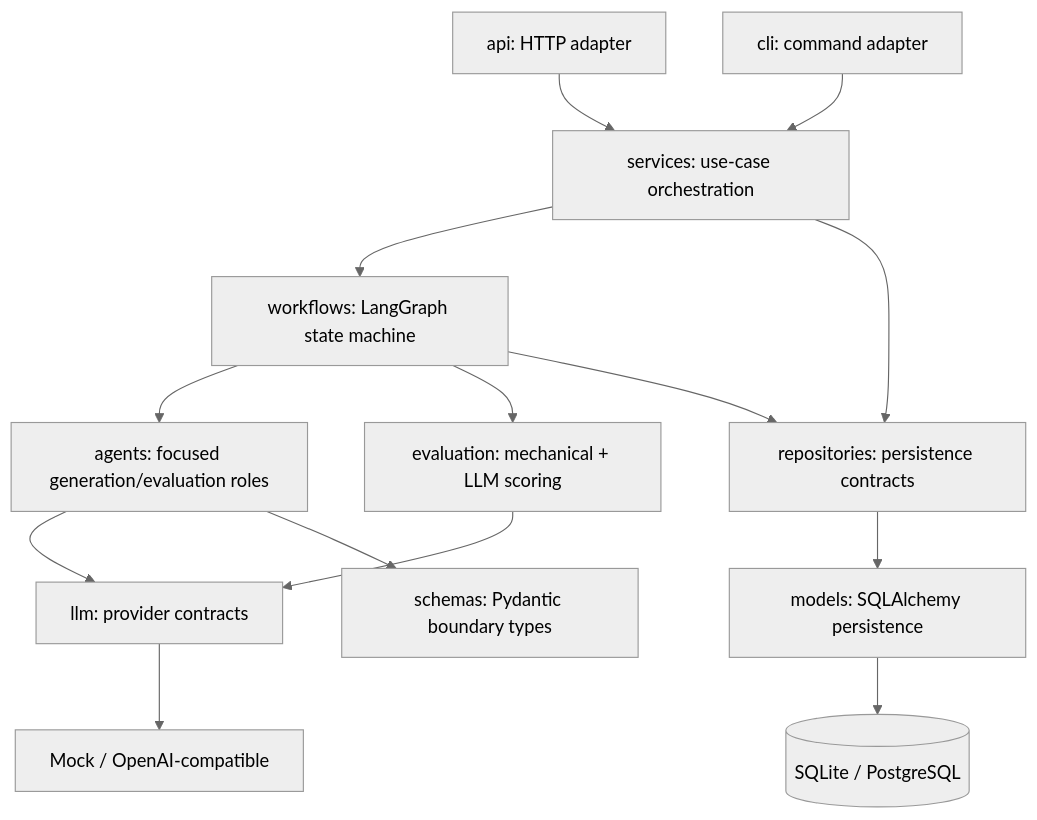
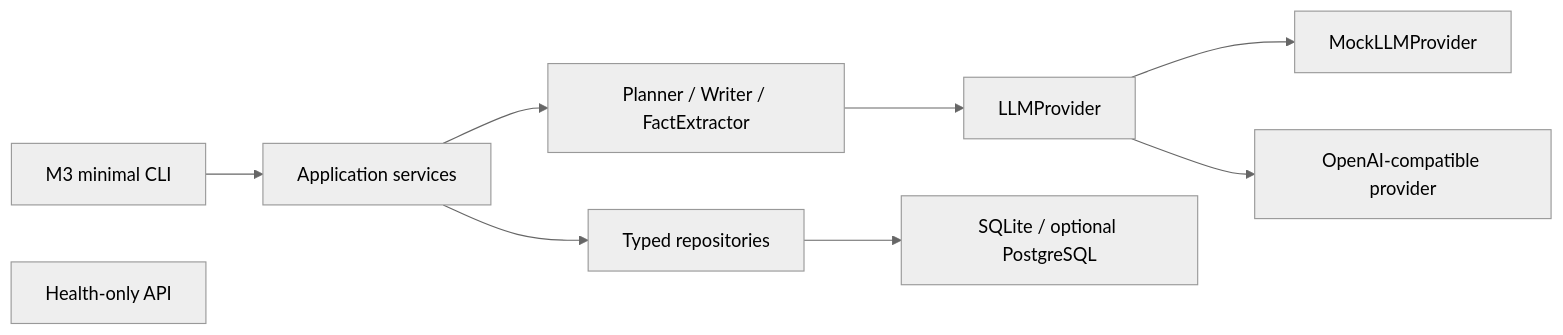
The diagram in docs/architecture.md (JiaoZiQ/StoryForge), drawn with Mermaid (neutral theme) before and after one commit. The commit also changed other lines of this file and 46 other files, not shown here.

````diff
--- a/docs/architecture.md
+++ b/docs/architecture.md
@@ -9,29 +5,11 @@
 ```mermaid
-flowchart TB
-    API["api: HTTP adapter"]
-    CLI["cli: command adapter"]
-    Services["services: use-case orchestration"]
-    Workflows["workflows: LangGraph state machine"]
-    Agents["agents: focused generation/evaluation roles"]
-    Evaluation["evaluation: mechanical + LLM scoring"]
-    Repositories["repositories: persistence contracts"]
-    LLM["llm: provider contracts"]
-    Models["models: SQLAlchemy persistence"]
-    Schemas["schemas: Pydantic boundary types"]
-    DB[("SQLite / PostgreSQL")]
-    Provider["Mock / OpenAI-compatible"]
-
-    API --> Services
-    CLI --> Services
-    Services --> Workflows
-    Services --> Repositories
-    Workflows --> Agents
-    Workflows --> Evaluation
-    Workflows --> Repositories
-    Agents --> LLM
-    Agents --> Schemas
-    Evaluation --> LLM
-    Repositories --> Models
-    Models --> DB
-    LLM --> Provider
+flowchart LR
+    CLI["M3 minimal CLI"] --> Services["Application services"]
+    API["Health-only API"]
+    Services --> Agents["Planner / Writer / FactExtractor"]
+    Services --> Repositories["Typed repositories"]
+    Agents --> LLM["LLMProvider"]
+    Repositories --> DB["SQLite / optional PostgreSQL"]
+    LLM --> Mock["MockLLMProvider"]
+    LLM --> Compatible["OpenAI-compatible provider"]
 ```
````
